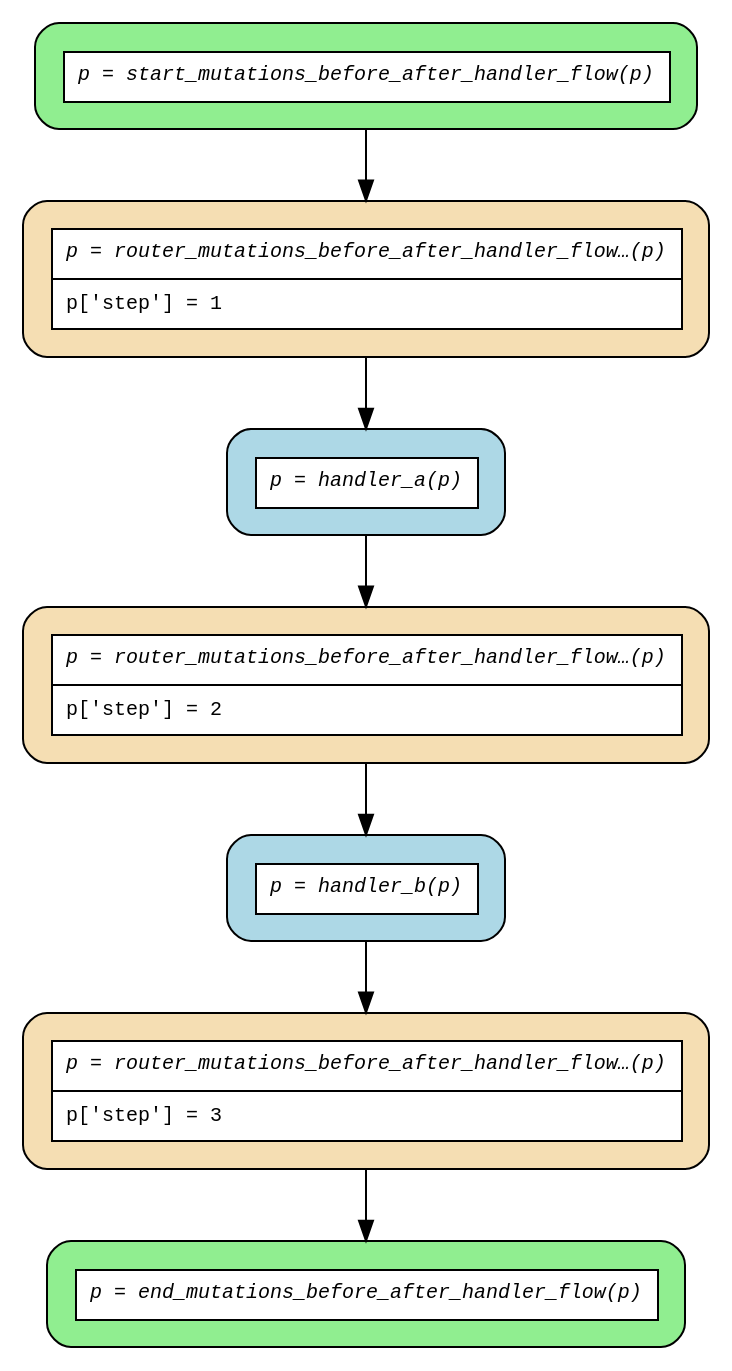
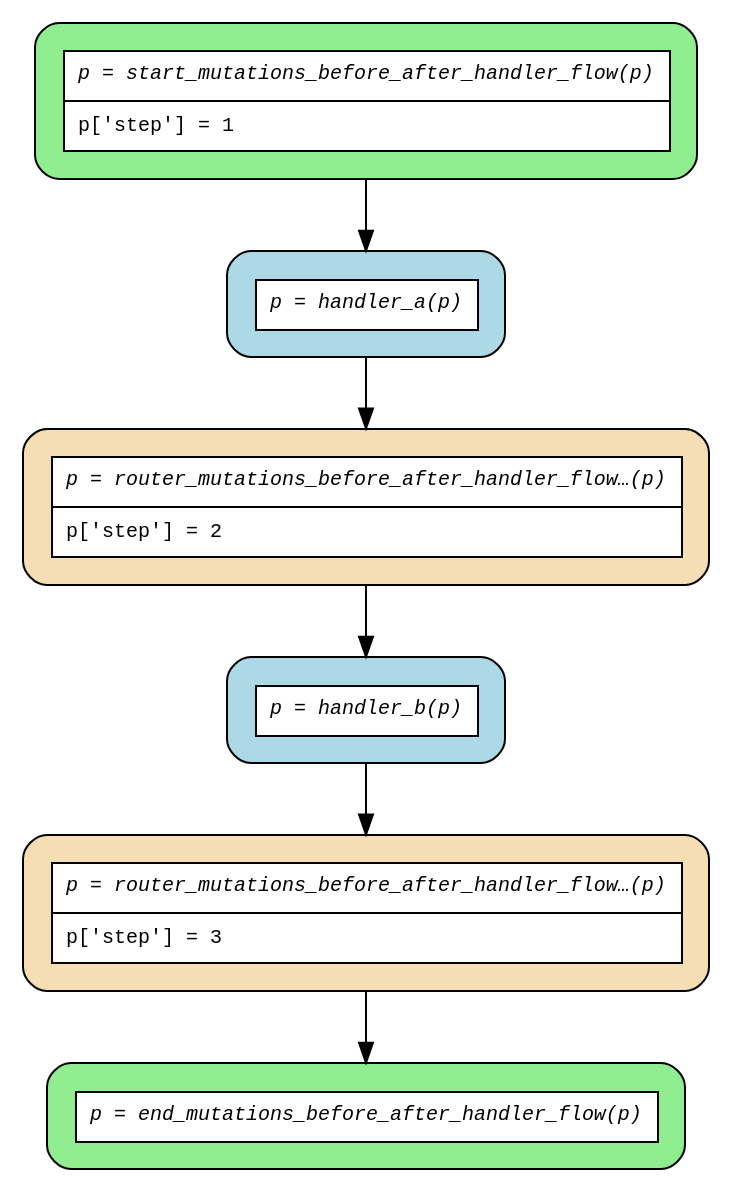
One commit to deliveryhero/asya changed the diagram in examples/flows/compiled/mutations_before_after_handler/flow.dot. Above: the diagram before and after it, drawn with Graphviz. The commit also changed 21 other files, not shown here.

Commit message:
Add mutations to start_* and make proper except flow

```diff
--- a/examples/flows/compiled/mutations_before_after_handler/flow.dot
+++ b/examples/flows/compiled/mutations_before_after_handler/flow.dot
@@ -1,21 +1,19 @@
 digraph flow {
   rankdir=TB;
   graph [fontname="Courier", fontsize=10];
   node [fontname="Courier", fontsize=10, shape=box, style="filled,rounded", margin="0.2"];
   edge [fontname="Courier", fontsize=10];
 
-  start_mutations_before_after_handler_flow [fillcolor="lightgreen", group="main", label=<<table border="0" cellspacing="0" cellpadding="6" cellborder="1"><tr><td bgcolor="white" align="center"><i>p = start_mutations_before_after_handler_flow(p)</i></td></tr></table>>];
+  start_mutations_before_after_handler_flow [fillcolor="lightgreen", group="main", label=<<table border="0" cellspacing="0" cellpadding="6" cellborder="1"><tr><td bgcolor="white" align="center"><i>p = start_mutations_before_after_handler_flow(p)</i></td></tr><tr><td bgcolor="white" align="left">p['step'] = 1</td></tr></table>>];
   router_mutations_before_after_handler_flow_line_13_seq [fillcolor="wheat", group="main", label=<<table border="0" cellspacing="0" cellpadding="6" cellborder="1"><tr><td bgcolor="white" align="center"><i>p = router_mutations_before_after_handler_flow…(p)</i></td></tr><tr><td bgcolor="white" align="left">p['step'] = 3</td></tr></table>>];
   router_mutations_before_after_handler_flow_line_11_seq [fillcolor="wheat", group="main", label=<<table border="0" cellspacing="0" cellpadding="6" cellborder="1"><tr><td bgcolor="white" align="center"><i>p = router_mutations_before_after_handler_flow…(p)</i></td></tr><tr><td bgcolor="white" align="left">p['step'] = 2</td></tr></table>>];
-  router_mutations_before_after_handler_flow_line_9_seq [fillcolor="wheat", group="main", label=<<table border="0" cellspacing="0" cellpadding="6" cellborder="1"><tr><td bgcolor="white" align="center"><i>p = router_mutations_before_after_handler_flow…(p)</i></td></tr><tr><td bgcolor="white" align="left">p['step'] = 1</td></tr></table>>];
   end_mutations_before_after_handler_flow [fillcolor="lightgreen", group="main", label=<<table border="0" cellspacing="0" cellpadding="6" cellborder="1"><tr><td bgcolor="white" align="center"><i>p = end_mutations_before_after_handler_flow(p)</i></td></tr></table>>];
   handler_a [fillcolor="lightblue", label=<<table border="0" cellspacing="0" cellpadding="6" cellborder="1"><tr><td bgcolor="white" align="center"><i>p = handler_a(p)</i></td></tr></table>>];
   handler_b [fillcolor="lightblue", label=<<table border="0" cellspacing="0" cellpadding="6" cellborder="1"><tr><td bgcolor="white" align="center"><i>p = handler_b(p)</i></td></tr></table>>];
 
   handler_a -> router_mutations_before_after_handler_flow_line_11_seq;
   handler_b -> router_mutations_before_after_handler_flow_line_13_seq;
   router_mutations_before_after_handler_flow_line_11_seq -> handler_b;
   router_mutations_before_after_handler_flow_line_13_seq -> end_mutations_before_after_handler_flow;
-  router_mutations_before_after_handler_flow_line_9_seq -> handler_a;
-  start_mutations_before_after_handler_flow -> router_mutations_before_after_handler_flow_line_9_seq;
+  start_mutations_before_after_handler_flow -> handler_a;
 }
```
